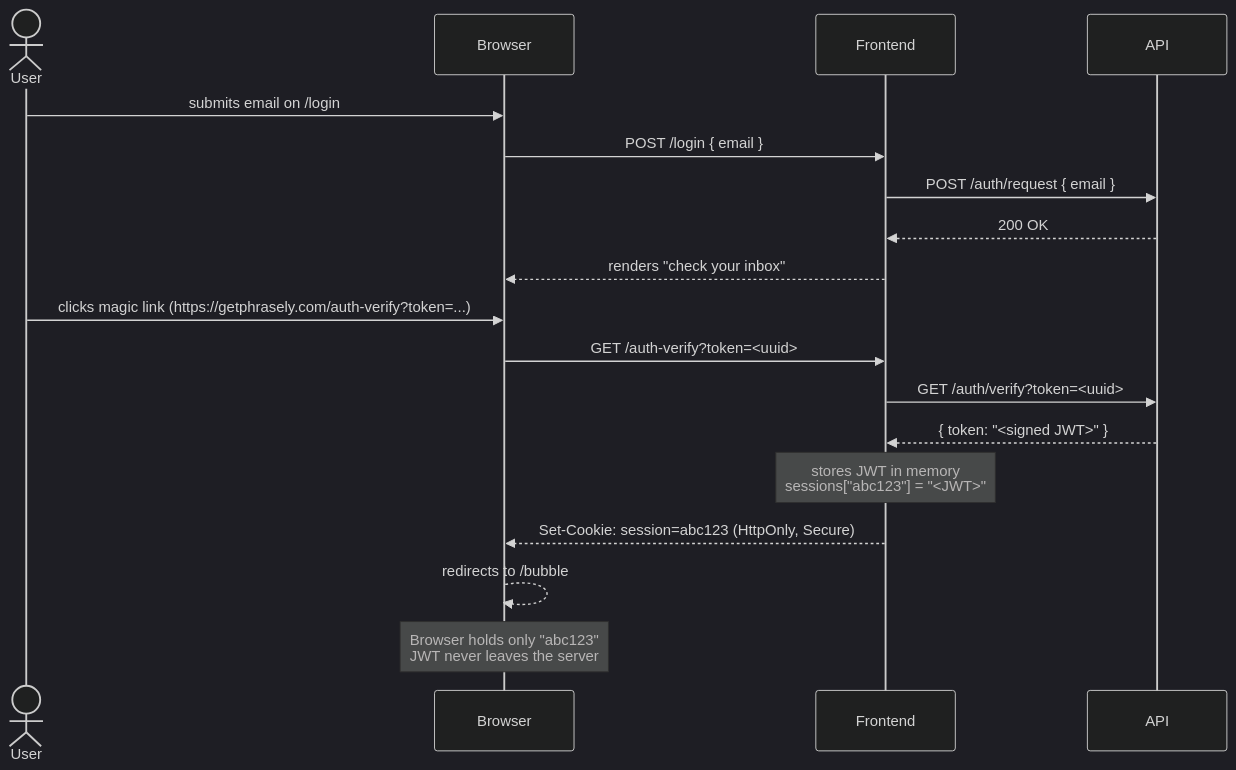
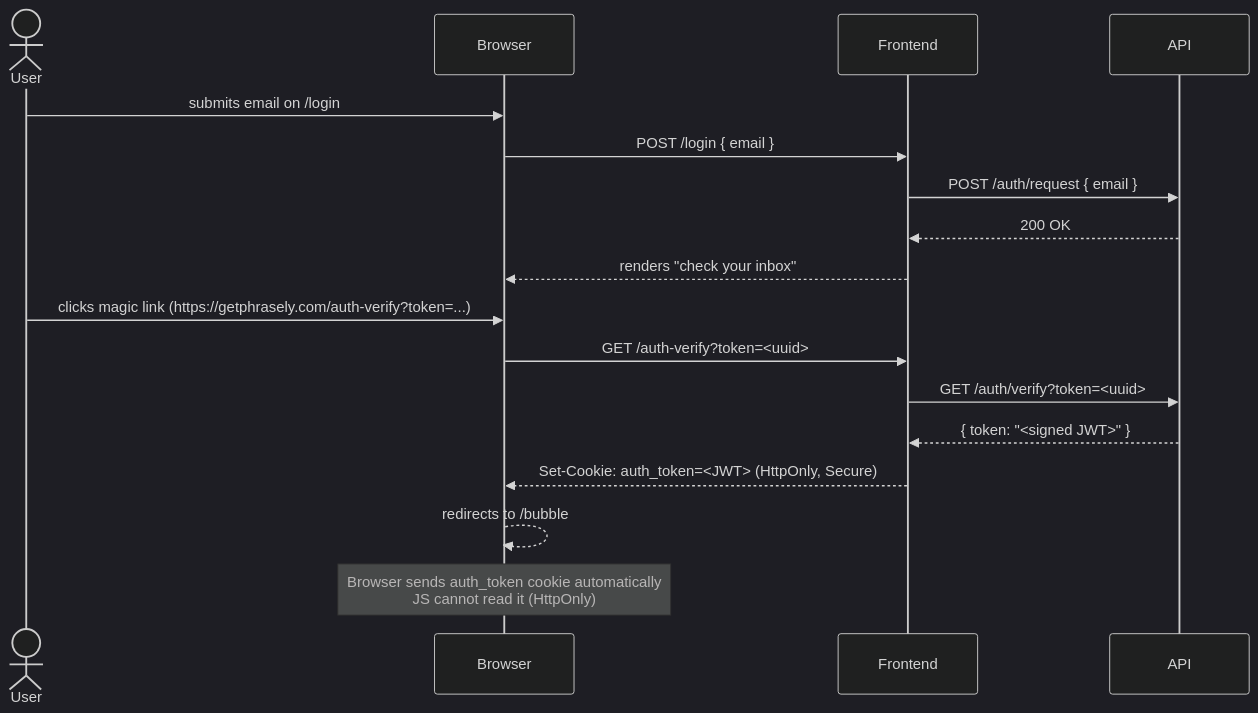
The first of 3 diagrams in docs/frontend-architecture.md (andreistefanciprian/phrasely), drawn with Mermaid (dark theme) before and after one commit. The commit also changed other lines of this file and 5 other files, not shown here.

Commit message:
Clean up legacy session model and document auth cookie tradeoffs

````diff
--- a/docs/frontend-architecture.md
+++ b/docs/frontend-architecture.md
@@ -34,24 +34,23 @@
 ```mermaid
 sequenceDiagram
     actor User
     participant Browser
     participant Frontend
     participant API
 
     User->>Browser: submits email on /login
     Browser->>Frontend: POST /login { email }
     Frontend->>API: POST /auth/request { email }
     API-->>Frontend: 200 OK
     Frontend-->>Browser: renders "check your inbox"
 
     User->>Browser: clicks magic link (https://getphrasely.com/auth-verify?token=...)
     Browser->>Frontend: GET /auth-verify?token=<uuid>
     Frontend->>API: GET /auth/verify?token=<uuid>
     API-->>Frontend: { token: "<signed JWT>" }
 
-    Note over Frontend: stores JWT in memory<br/>sessions["abc123"] = "<JWT>"
-    Frontend-->>Browser: Set-Cookie: session=abc123 (HttpOnly, Secure)
+    Frontend-->>Browser: Set-Cookie: auth_token=<JWT> (HttpOnly, Secure)
     Browser-->>Browser: redirects to /bubble
 
-    Note over Browser: Browser holds only "abc123"<br/>JWT never leaves the server
+    Note over Browser: Browser sends auth_token cookie automatically<br/>JS cannot read it (HttpOnly)
 ```
````
